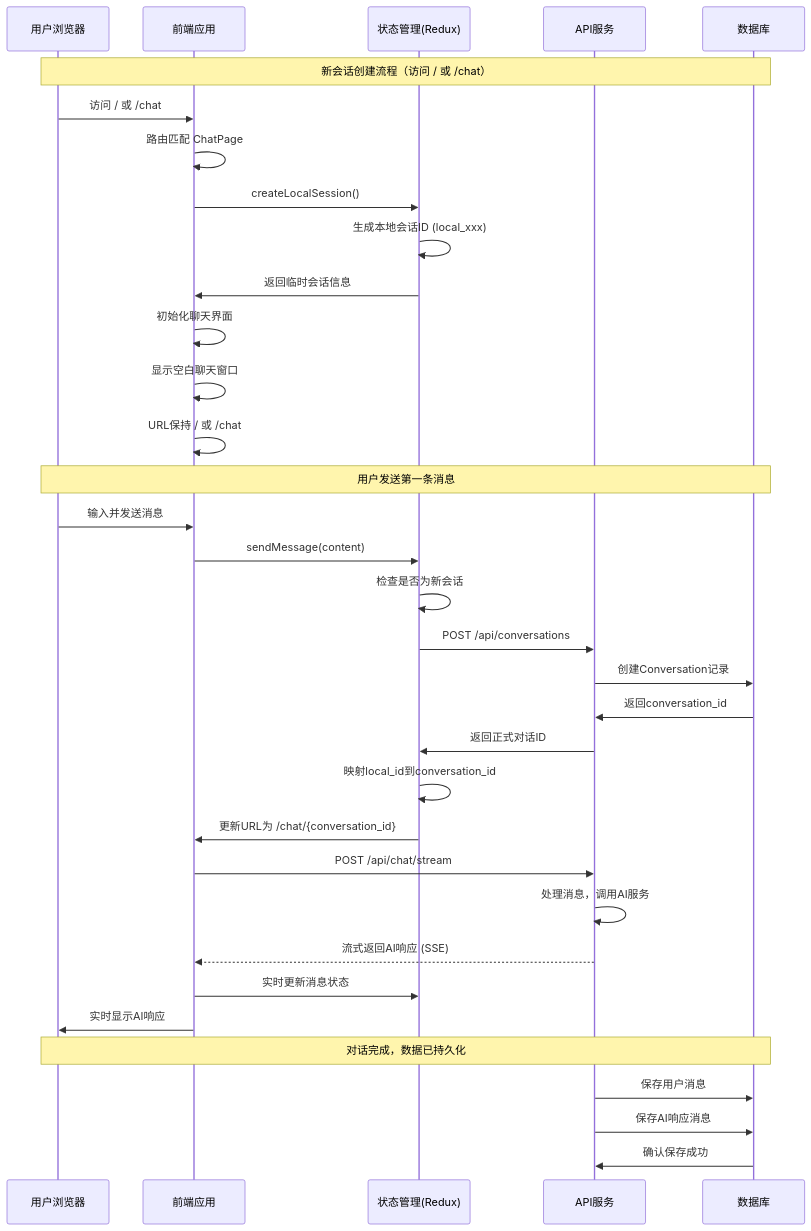
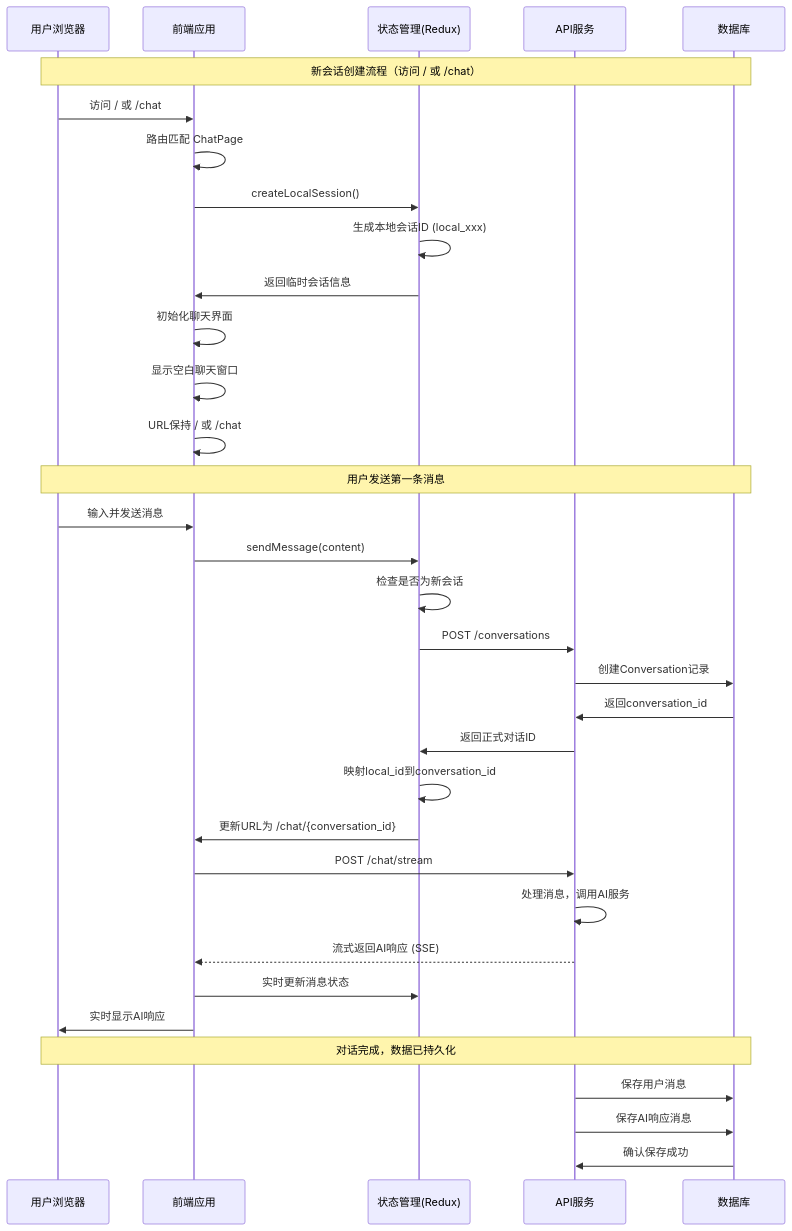
The first of 3 diagrams in frontend/docs/conversation.md (wuhonglei/chat-agent), drawn with Mermaid before and after one commit. The commit also changed other lines of this file and 6 other files, not shown here.

````diff
--- a/frontend/docs/conversation.md
+++ b/frontend/docs/conversation.md
@@ -185,42 +185,42 @@
 ```mermaid
 sequenceDiagram
     participant U as 用户浏览器
     participant F as 前端应用
     participant S as 状态管理(Redux)
     participant A as API服务
     participant DB as 数据库
 
     Note over U,DB: 新会话创建流程（访问 / 或 /chat）
 
     U->>F: 访问 / 或 /chat
     F->>F: 路由匹配 ChatPage
     F->>S: createLocalSession()
     S->>S: 生成本地会话ID (local_xxx)
     S->>F: 返回临时会话信息
     F->>F: 初始化聊天界面
     F->>F: 显示空白聊天窗口
     F->>F: URL保持 / 或 /chat
 
     Note over U,DB: 用户发送第一条消息
 
     U->>F: 输入并发送消息
     F->>S: sendMessage(content)
     S->>S: 检查是否为新会话
-    S->>A: POST /api/conversations
+    S->>A: POST /conversations
     A->>DB: 创建Conversation记录
     DB->>A: 返回conversation_id
     A->>S: 返回正式对话ID
     S->>S: 映射local_id到conversation_id
     S->>F: 更新URL为 /chat/{conversation_id}
-    F->>A: POST /api/chat/stream
+    F->>A: POST /chat/stream
     A->>A: 处理消息，调用AI服务
     A-->>F: 流式返回AI响应 (SSE)
     F->>S: 实时更新消息状态
     F->>U: 实时显示AI响应
 
     Note over U,DB: 对话完成，数据已持久化
 
     A->>DB: 保存用户消息
     A->>DB: 保存AI响应消息
     DB->>A: 确认保存成功
 ```
````
